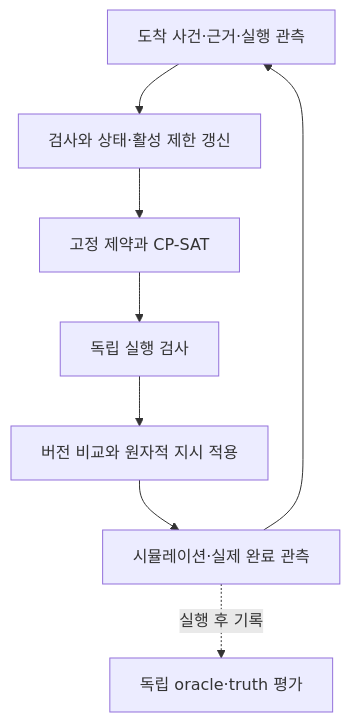
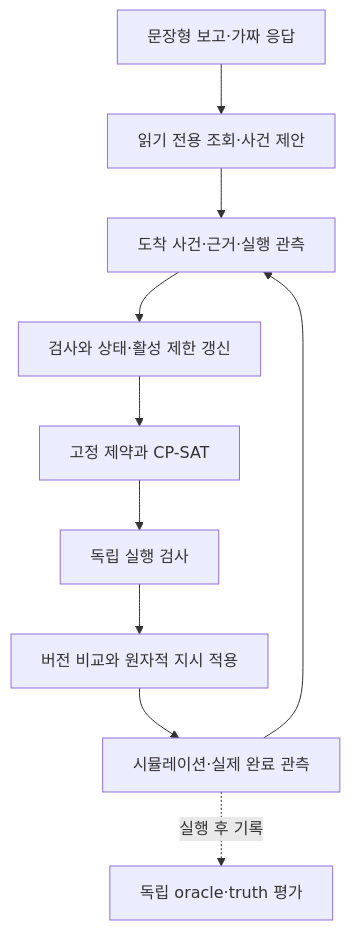
Before and after one commit to yumsj0626-afk/shipyard-welding-automation: the diagram in README.md, drawn with Mermaid. The commit also changed other lines of this file and 20 other files, not shown here.

````diff
--- a/README.md
+++ b/README.md
@@ -51,10 +55,12 @@
 ```mermaid
 flowchart TD
+    R["문장형 보고·가짜 응답"] --> Q["읽기 전용 조회·사건 제안"]
+    Q --> A
     A["도착 사건·근거·실행 관측"] --> B["검사와 상태·활성 제한 갱신"]
     B --> C["고정 제약과 CP-SAT"]
     C --> D["독립 실행 검사"]
     D --> E["버전 비교와 원자적 지시 적용"]
     E --> F["시뮬레이션·실제 완료 관측"]
     F --> A
     F -. 실행 후 기록 .-> G["독립 oracle·truth 평가"]
 ```
````
